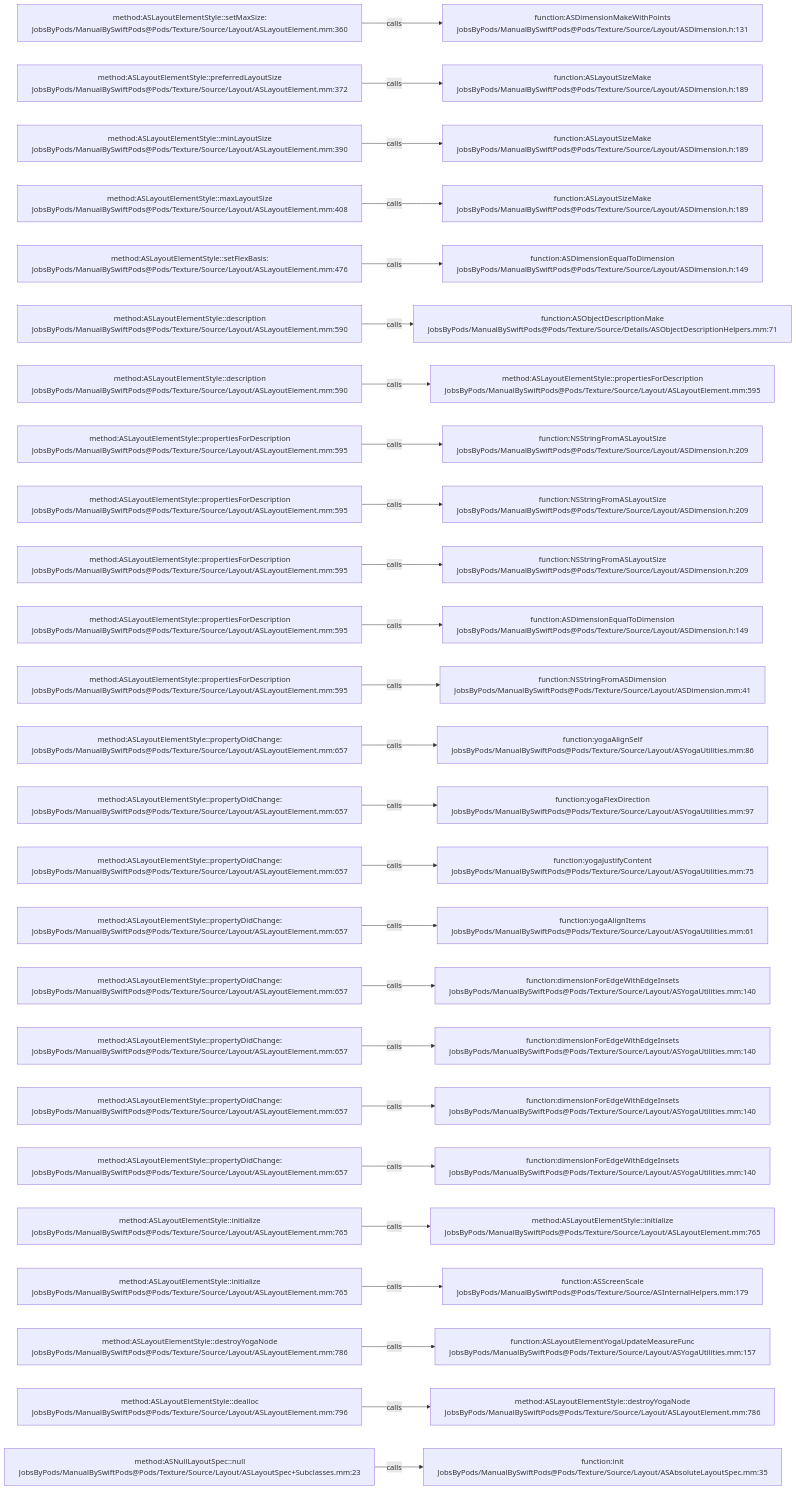
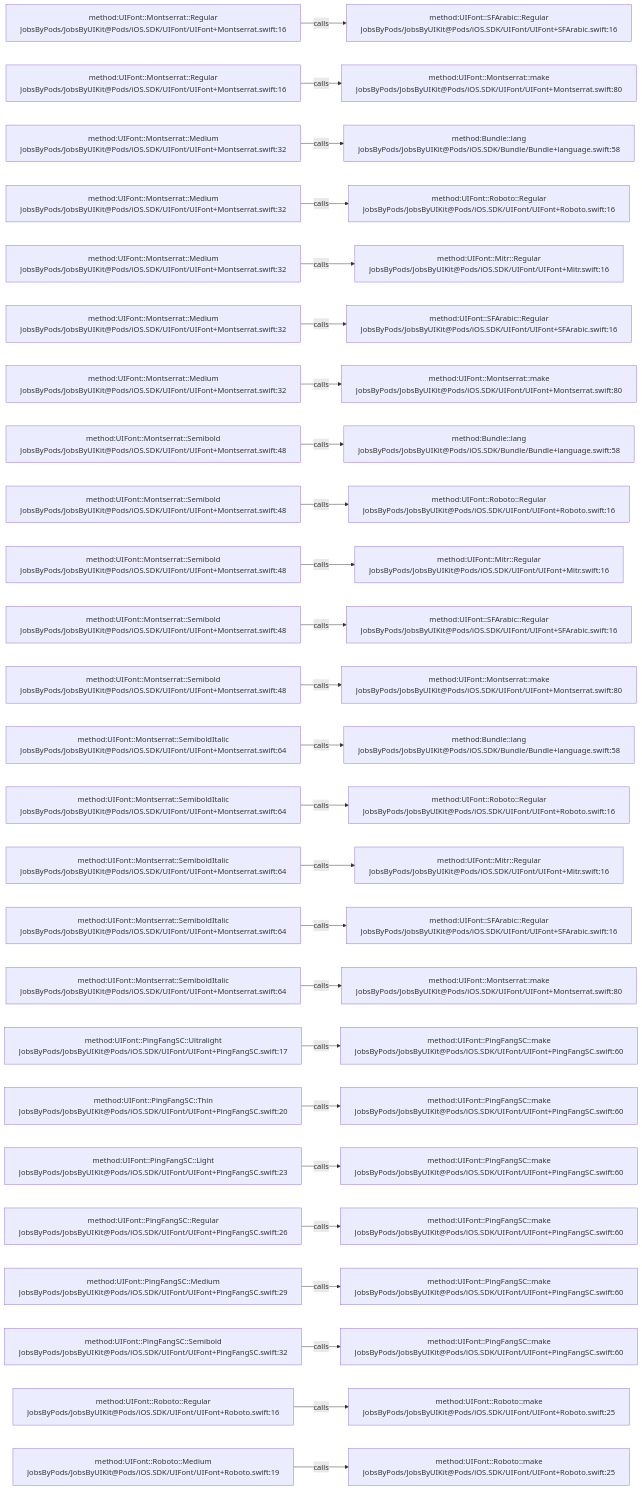
The diagram in .codegraph/codegraph.md/graphs/calls-110.md (JobsKits/JobsSwiftBaseConfigDemo), drawn with Mermaid before and after one commit. The commit also changed 224 other files, not shown here.

````diff
--- a/.codegraph/codegraph.md/graphs/calls-110.md
+++ b/.codegraph/codegraph.md/graphs/calls-110.md
@@ -13,78 +13,78 @@
 ```mermaid
 flowchart LR
-  S1["method:ASLayoutElementStyle::setMaxSize:<br/>JobsByPods/ManualBySwiftPods@Pods/Texture/Source/Layout/ASLayoutElement.mm:360"]
-  T1["function:ASDimensionMakeWithPoints<br/>JobsByPods/ManualBySwiftPods@Pods/Texture/Source/Layout/ASDimension.h:131"]
+  S1["method:UIFont::Montserrat::Regular<br/>JobsByPods/JobsByUIKit@Pods/iOS.SDK/UIFont/UIFont+Montserrat.swift:16"]
+  T1["method:UIFont::SFArabic::Regular<br/>JobsByPods/JobsByUIKit@Pods/iOS.SDK/UIFont/UIFont+SFArabic.swift:16"]
   S1 -->|calls| T1
-  S2["method:ASLayoutElementStyle::preferredLayoutSize<br/>JobsByPods/ManualBySwiftPods@Pods/Texture/Source/Layout/ASLayoutElement.mm:372"]
-  T2["function:ASLayoutSizeMake<br/>JobsByPods/ManualBySwiftPods@Pods/Texture/Source/Layout/ASDimension.h:189"]
+  S2["method:UIFont::Montserrat::Regular<br/>JobsByPods/JobsByUIKit@Pods/iOS.SDK/UIFont/UIFont+Montserrat.swift:16"]
+  T2["method:UIFont::Montserrat::make<br/>JobsByPods/JobsByUIKit@Pods/iOS.SDK/UIFont/UIFont+Montserrat.swift:80"]
   S2 -->|calls| T2
-  S3["method:ASLayoutElementStyle::minLayoutSize<br/>JobsByPods/ManualBySwiftPods@Pods/Texture/Source/Layout/ASLayoutElement.mm:390"]
-  T3["function:ASLayoutSizeMake<br/>JobsByPods/ManualBySwiftPods@Pods/Texture/Source/Layout/ASDimension.h:189"]
+  S3["method:UIFont::Montserrat::Medium<br/>JobsByPods/JobsByUIKit@Pods/iOS.SDK/UIFont/UIFont+Montserrat.swift:32"]
+  T3["method:Bundle::lang<br/>JobsByPods/JobsByUIKit@Pods/iOS.SDK/Bundle/Bundle+language.swift:58"]
   S3 -->|calls| T3
-  S4["method:ASLayoutElementStyle::maxLayoutSize<br/>JobsByPods/ManualBySwiftPods@Pods/Texture/Source/Layout/ASLayoutElement.mm:408"]
-  T4["function:ASLayoutSizeMake<br/>JobsByPods/ManualBySwiftPods@Pods/Texture/Source/Layout/ASDimension.h:189"]
+  S4["method:UIFont::Montserrat::Medium<br/>JobsByPods/JobsByUIKit@Pods/iOS.SDK/UIFont/UIFont+Montserrat.swift:32"]
+  T4["method:UIFont::Roboto::Regular<br/>JobsByPods/JobsByUIKit@Pods/iOS.SDK/UIFont/UIFont+Roboto.swift:16"]
   S4 -->|calls| T4
-  S5["method:ASLayoutElementStyle::setFlexBasis:<br/>JobsByPods/ManualBySwiftPods@Pods/Texture/Source/Layout/ASLayoutElement.mm:476"]
-  T5["function:ASDimensionEqualToDimension<br/>JobsByPods/ManualBySwiftPods@Pods/Texture/Source/Layout/ASDimension.h:149"]
+  S5["method:UIFont::Montserrat::Medium<br/>JobsByPods/JobsByUIKit@Pods/iOS.SDK/UIFont/UIFont+Montserrat.swift:32"]
+  T5["method:UIFont::Mitr::Regular<br/>JobsByPods/JobsByUIKit@Pods/iOS.SDK/UIFont/UIFont+Mitr.swift:16"]
   S5 -->|calls| T5
-  S6["method:ASLayoutElementStyle::description<br/>JobsByPods/ManualBySwiftPods@Pods/Texture/Source/Layout/ASLayoutElement.mm:590"]
-  T6["function:ASObjectDescriptionMake<br/>JobsByPods/ManualBySwiftPods@Pods/Texture/Source/Details/ASObjectDescriptionHelpers.mm:71"]
+  S6["method:UIFont::Montserrat::Medium<br/>JobsByPods/JobsByUIKit@Pods/iOS.SDK/UIFont/UIFont+Montserrat.swift:32"]
+  T6["method:UIFont::SFArabic::Regular<br/>JobsByPods/JobsByUIKit@Pods/iOS.SDK/UIFont/UIFont+SFArabic.swift:16"]
   S6 -->|calls| T6
-  S7["method:ASLayoutElementStyle::description<br/>JobsByPods/ManualBySwiftPods@Pods/Texture/Source/Layout/ASLayoutElement.mm:590"]
-  T7["method:ASLayoutElementStyle::propertiesForDescription<br/>JobsByPods/ManualBySwiftPods@Pods/Texture/Source/Layout/ASLayoutElement.mm:595"]
+  S7["method:UIFont::Montserrat::Medium<br/>JobsByPods/JobsByUIKit@Pods/iOS.SDK/UIFont/UIFont+Montserrat.swift:32"]
+  T7["method:UIFont::Montserrat::make<br/>JobsByPods/JobsByUIKit@Pods/iOS.SDK/UIFont/UIFont+Montserrat.swift:80"]
   S7 -->|calls| T7
-  S8["method:ASLayoutElementStyle::propertiesForDescription<br/>JobsByPods/ManualBySwiftPods@Pods/Texture/Source/Layout/ASLayoutElement.mm:595"]
-  T8["function:NSStringFromASLayoutSize<br/>JobsByPods/ManualBySwiftPods@Pods/Texture/Source/Layout/ASDimension.h:209"]
+  S8["method:UIFont::Montserrat::Semibold<br/>JobsByPods/JobsByUIKit@Pods/iOS.SDK/UIFont/UIFont+Montserrat.swift:48"]
+  T8["method:Bundle::lang<br/>JobsByPods/JobsByUIKit@Pods/iOS.SDK/Bundle/Bundle+language.swift:58"]
   S8 -->|calls| T8
-  S9["method:ASLayoutElementStyle::propertiesForDescription<br/>JobsByPods/ManualBySwiftPods@Pods/Texture/Source/Layout/ASLayoutElement.mm:595"]
-  T9["function:NSStringFromASLayoutSize<br/>JobsByPods/ManualBySwiftPods@Pods/Texture/Source/Layout/ASDimension.h:209"]
+  S9["method:UIFont::Montserrat::Semibold<br/>JobsByPods/JobsByUIKit@Pods/iOS.SDK/UIFont/UIFont+Montserrat.swift:48"]
+  T9["method:UIFont::Roboto::Regular<br/>JobsByPods/JobsByUIKit@Pods/iOS.SDK/UIFont/UIFont+Roboto.swift:16"]
   S9 -->|calls| T9
-  S10["method:ASLayoutElementStyle::propertiesForDescription<br/>JobsByPods/ManualBySwiftPods@Pods/Texture/Source/Layout/ASLayoutElement.mm:595"]
-  T10["function:NSStringFromASLayoutSize<br/>JobsByPods/ManualBySwiftPods@Pods/Texture/Source/Layout/ASDimension.h:209"]
+  S10["method:UIFont::Montserrat::Semibold<br/>JobsByPods/JobsByUIKit@Pods/iOS.SDK/UIFont/UIFont+Montserrat.swift:48"]
+  T10["method:UIFont::Mitr::Regular<br/>JobsByPods/JobsByUIKit@Pods/iOS.SDK/UIFont/UIFont+Mitr.swift:16"]
   S10 -->|calls| T10
-  S11["method:ASLayoutElementStyle::propertiesForDescription<br/>JobsByPods/ManualBySwiftPods@Pods/Texture/Source/Layout/ASLayoutElement.mm:595"]
-  T11["function:ASDimensionEqualToDimension<br/>JobsByPods/ManualBySwiftPods@Pods/Texture/Source/Layout/ASDimension.h:149"]
+  S11["method:UIFont::Montserrat::Semibold<br/>JobsByPods/JobsByUIKit@Pods/iOS.SDK/UIFont/UIFont+Montserrat.swift:48"]
+  T11["method:UIFont::SFArabic::Regular<br/>JobsByPods/JobsByUIKit@Pods/iOS.SDK/UIFont/UIFont+SFArabic.swift:16"]
   S11 -->|calls| T11
-  S12["method:ASLayoutElementStyle::propertiesForDescription<br/>JobsByPods/ManualBySwiftPods@Pods/Texture/Source/Layout/ASLayoutElement.mm:595"]
-  T12["function:NSStringFromASDimension<br/>JobsByPods/ManualBySwiftPods@Pods/Texture/Source/Layout/ASDimension.mm:41"]
+  S12["method:UIFont::Montserrat::Semibold<br/>JobsByPods/JobsByUIKit@Pods/iOS.SDK/UIFont/UIFont+Montserrat.swift:48"]
+  T12["method:UIFont::Montserrat::make<br/>JobsByPods/JobsByUIKit@Pods/iOS.SDK/UIFont/UIFont+Montserrat.swift:80"]
   S12 -->|calls| T12
-  S13["method:ASLayoutElementStyle::propertyDidChange:<br/>JobsByPods/ManualBySwiftPods@Pods/Texture/Source/Layout/ASLayoutElement.mm:657"]
-  T13["function:yogaAlignSelf<br/>JobsByPods/ManualBySwiftPods@Pods/Texture/Source/Layout/ASYogaUtilities.mm:86"]
+  S13["method:UIFont::Montserrat::SemiboldItalic<br/>JobsByPods/JobsByUIKit@Pods/iOS.SDK/UIFont/UIFont+Montserrat.swift:64"]
+  T13["method:Bundle::lang<br/>JobsByPods/JobsByUIKit@Pods/iOS.SDK/Bundle/Bundle+language.swift:58"]
   S13 -->|calls| T13
-  S14["method:ASLayoutElementStyle::propertyDidChange:<br/>JobsByPods/ManualBySwiftPods@Pods/Texture/Source/Layout/ASLayoutElement.mm:657"]
-  T14["function:yogaFlexDirection<br/>JobsByPods/ManualBySwiftPods@Pods/Texture/Source/Layout/ASYogaUtilities.mm:97"]
+  S14["method:UIFont::Montserrat::SemiboldItalic<br/>JobsByPods/JobsByUIKit@Pods/iOS.SDK/UIFont/UIFont+Montserrat.swift:64"]
+  T14["method:UIFont::Roboto::Regular<br/>JobsByPods/JobsByUIKit@Pods/iOS.SDK/UIFont/UIFont+Roboto.swift:16"]
   S14 -->|calls| T14
-  S15["method:ASLayoutElementStyle::propertyDidChange:<br/>JobsByPods/ManualBySwiftPods@Pods/Texture/Source/Layout/ASLayoutElement.mm:657"]
-  T15["function:yogaJustifyContent<br/>JobsByPods/ManualBySwiftPods@Pods/Texture/Source/Layout/ASYogaUtilities.mm:75"]
+  S15["method:UIFont::Montserrat::SemiboldItalic<br/>JobsByPods/JobsByUIKit@Pods/iOS.SDK/UIFont/UIFont+Montserrat.swift:64"]
+  T15["method:UIFont::Mitr::Regular<br/>JobsByPods/JobsByUIKit@Pods/iOS.SDK/UIFont/UIFont+Mitr.swift:16"]
   S15 -->|calls| T15
-  S16["method:ASLayoutElementStyle::propertyDidChange:<br/>JobsByPods/ManualBySwiftPods@Pods/Texture/Source/Layout/ASLayoutElement.mm:657"]
-  T16["function:yogaAlignItems<br/>JobsByPods/ManualBySwiftPods@Pods/Texture/Source/Layout/ASYogaUtilities.mm:61"]
+  S16["method:UIFont::Montserrat::SemiboldItalic<br/>JobsByPods/JobsByUIKit@Pods/iOS.SDK/UIFont/UIFont+Montserrat.swift:64"]
+  T16["method:UIFont::SFArabic::Regular<br/>JobsByPods/JobsByUIKit@Pods/iOS.SDK/UIFont/UIFont+SFArabic.swift:16"]
   S16 -->|calls| T16
-  S17["method:ASLayoutElementStyle::propertyDidChange:<br/>JobsByPods/ManualBySwiftPods@Pods/Texture/Source/Layout/ASLayoutElement.mm:657"]
-  T17["function:dimensionForEdgeWithEdgeInsets<br/>JobsByPods/ManualBySwiftPods@Pods/Texture/Source/Layout/ASYogaUtilities.mm:140"]
+  S17["method:UIFont::Montserrat::SemiboldItalic<br/>JobsByPods/JobsByUIKit@Pods/iOS.SDK/UIFont/UIFont+Montserrat.swift:64"]
+  T17["method:UIFont::Montserrat::make<br/>JobsByPods/JobsByUIKit@Pods/iOS.SDK/UIFont/UIFont+Montserrat.swift:80"]
   S17 -->|calls| T17
-  S18["method:ASLayoutElementStyle::propertyDidChange:<br/>JobsByPods/ManualBySwiftPods@Pods/Texture/Source/Layout/ASLayoutElement.mm:657"]
-  T18["function:dimensionForEdgeWithEdgeInsets<br/>JobsByPods/ManualBySwiftPods@Pods/Texture/Source/Layout/ASYogaUtilities.mm:140"]
+  S18["method:UIFont::PingFangSC::Ultralight<br/>JobsByPods/JobsByUIKit@Pods/iOS.SDK/UIFont/UIFont+PingFangSC.swift:17"]
+  T18["method:UIFont::PingFangSC::make<br/>JobsByPods/JobsByUIKit@Pods/iOS.SDK/UIFont/UIFont+PingFangSC.swift:60"]
   S18 -->|calls| T18
-  S19["method:ASLayoutElementStyle::propertyDidChange:<br/>JobsByPods/ManualBySwiftPods@Pods/Texture/Source/Layout/ASLayoutElement.mm:657"]
-  T19["function:dimensionForEdgeWithEdgeInsets<br/>JobsByPods/ManualBySwiftPods@Pods/Texture/Source/Layout/ASYogaUtilities.mm:140"]
+  S19["method:UIFont::PingFangSC::Thin<br/>JobsByPods/JobsByUIKit@Pods/iOS.SDK/UIFont/UIFont+PingFangSC.swift:20"]
+  T19["method:UIFont::PingFangSC::make<br/>JobsByPods/JobsByUIKit@Pods/iOS.SDK/UIFont/UIFont+PingFangSC.swift:60"]
   S19 -->|calls| T19
-  S20["method:ASLayoutElementStyle::propertyDidChange:<br/>JobsByPods/ManualBySwiftPods@Pods/Texture/Source/Layout/ASLayoutElement.mm:657"]
-  T20["function:dimensionForEdgeWithEdgeInsets<br/>JobsByPods/ManualBySwiftPods@Pods/Texture/Source/Layout/ASYogaUtilities.mm:140"]
+  S20["method:UIFont::PingFangSC::Light<br/>JobsByPods/JobsByUIKit@Pods/iOS.SDK/UIFont/UIFont+PingFangSC.swift:23"]
+  T20["method:UIFont::PingFangSC::make<br/>JobsByPods/JobsByUIKit@Pods/iOS.SDK/UIFont/UIFont+PingFangSC.swift:60"]
   S20 -->|calls| T20
-  S21["method:ASLayoutElementStyle::initialize<br/>JobsByPods/ManualBySwiftPods@Pods/Texture/Source/Layout/ASLayoutElement.mm:765"]
-  T21["method:ASLayoutElementStyle::initialize<br/>JobsByPods/ManualBySwiftPods@Pods/Texture/Source/Layout/ASLayoutElement.mm:765"]
+  S21["method:UIFont::PingFangSC::Regular<br/>JobsByPods/JobsByUIKit@Pods/iOS.SDK/UIFont/UIFont+PingFangSC.swift:26"]
+  T21["method:UIFont::PingFangSC::make<br/>JobsByPods/JobsByUIKit@Pods/iOS.SDK/UIFont/UIFont+PingFangSC.swift:60"]
   S21 -->|calls| T21
-  S22["method:ASLayoutElementStyle::initialize<br/>JobsByPods/ManualBySwiftPods@Pods/Texture/Source/Layout/ASLayoutElement.mm:765"]
-  T22["function:ASScreenScale<br/>JobsByPods/ManualBySwiftPods@Pods/Texture/Source/ASInternalHelpers.mm:179"]
+  S22["method:UIFont::PingFangSC::Medium<br/>JobsByPods/JobsByUIKit@Pods/iOS.SDK/UIFont/UIFont+PingFangSC.swift:29"]
+  T22["method:UIFont::PingFangSC::make<br/>JobsByPods/JobsByUIKit@Pods/iOS.SDK/UIFont/UIFont+PingFangSC.swift:60"]
   S22 -->|calls| T22
-  S23["method:ASLayoutElementStyle::destroyYogaNode<br/>JobsByPods/ManualBySwiftPods@Pods/Texture/Source/Layout/ASLayoutElement.mm:786"]
-  T23["function:ASLayoutElementYogaUpdateMeasureFunc<br/>JobsByPods/ManualBySwiftPods@Pods/Texture/Source/Layout/ASYogaUtilities.mm:157"]
+  S23["method:UIFont::PingFangSC::Semibold<br/>JobsByPods/JobsByUIKit@Pods/iOS.SDK/UIFont/UIFont+PingFangSC.swift:32"]
+  T23["method:UIFont::PingFangSC::make<br/>JobsByPods/JobsByUIKit@Pods/iOS.SDK/UIFont/UIFont+PingFangSC.swift:60"]
   S23 -->|calls| T23
-  S24["method:ASLayoutElementStyle::dealloc<br/>JobsByPods/ManualBySwiftPods@Pods/Texture/Source/Layout/ASLayoutElement.mm:796"]
-  T24["method:ASLayoutElementStyle::destroyYogaNode<br/>JobsByPods/ManualBySwiftPods@Pods/Texture/Source/Layout/ASLayoutElement.mm:786"]
+  S24["method:UIFont::Roboto::Regular<br/>JobsByPods/JobsByUIKit@Pods/iOS.SDK/UIFont/UIFont+Roboto.swift:16"]
+  T24["method:UIFont::Roboto::make<br/>JobsByPods/JobsByUIKit@Pods/iOS.SDK/UIFont/UIFont+Roboto.swift:25"]
   S24 -->|calls| T24
-  S25["method:ASNullLayoutSpec::null<br/>JobsByPods/ManualBySwiftPods@Pods/Texture/Source/Layout/ASLayoutSpec+Subclasses.mm:23"]
-  T25["function:init<br/>JobsByPods/ManualBySwiftPods@Pods/Texture/Source/Layout/ASAbsoluteLayoutSpec.mm:35"]
+  S25["method:UIFont::Roboto::Medium<br/>JobsByPods/JobsByUIKit@Pods/iOS.SDK/UIFont/UIFont+Roboto.swift:19"]
+  T25["method:UIFont::Roboto::make<br/>JobsByPods/JobsByUIKit@Pods/iOS.SDK/UIFont/UIFont+Roboto.swift:25"]
   S25 -->|calls| T25
 ```
````
